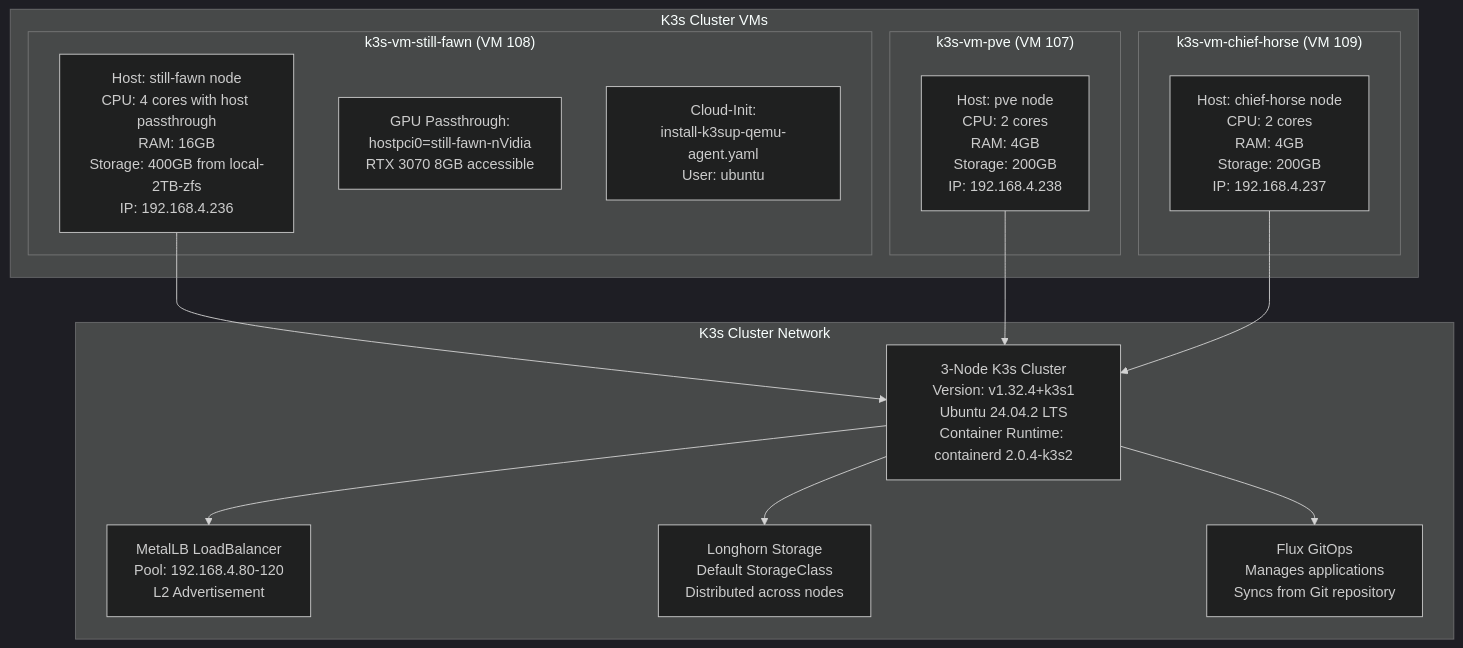
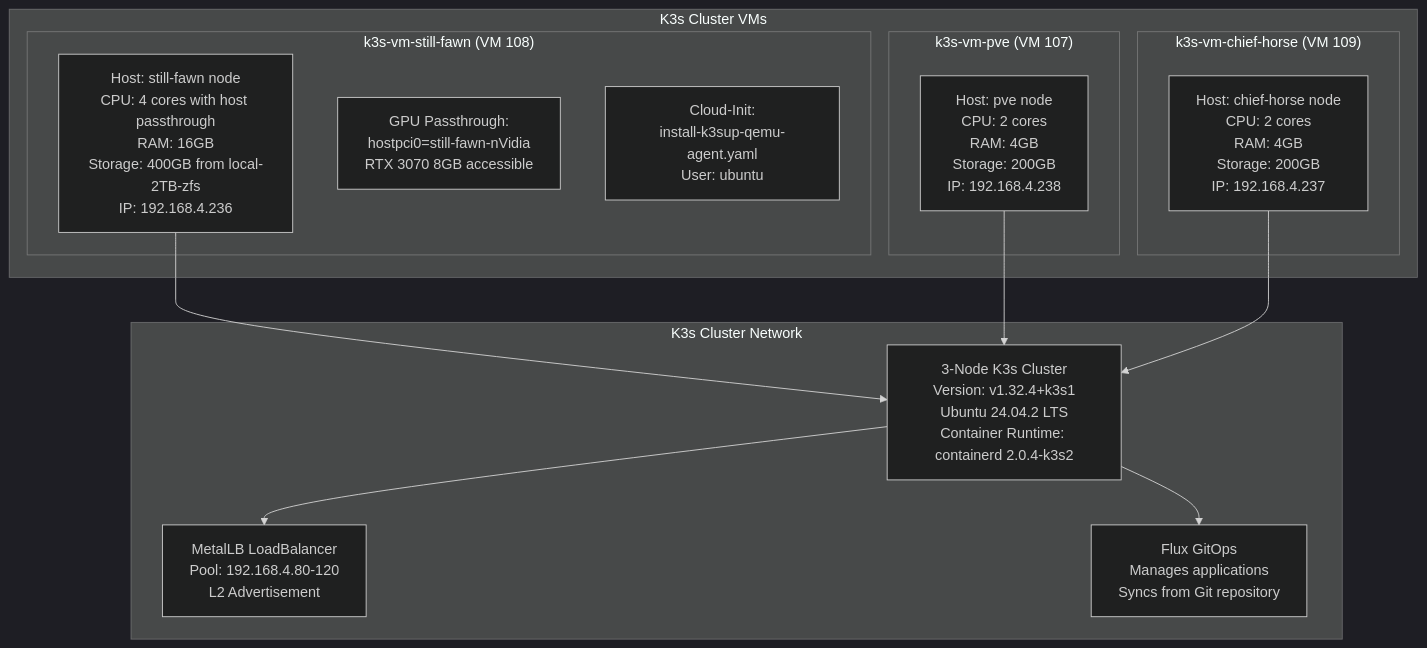
One commit to homeiac/home changed the third of 5 diagrams in docs/source/md/proxmox-infrastructure-guide.md. Above: the diagram before and after it, drawn with Mermaid (dark theme). The commit also changed other lines of this file and 18 other files, not shown here.

````diff
--- a/docs/source/md/proxmox-infrastructure-guide.md
+++ b/docs/source/md/proxmox-infrastructure-guide.md
@@ -137,30 +137,29 @@
 ```mermaid
 graph TB
     subgraph "K3s Cluster VMs"
         subgraph "k3s-vm-still-fawn (VM 108)"
             sf_vm[Host: still-fawn node<br/>CPU: 4 cores with host passthrough<br/>RAM: 16GB<br/>Storage: 400GB from local-2TB-zfs<br/>IP: 192.168.4.236]
             sf_gpu_pt[GPU Passthrough:<br/>hostpci0=still-fawn-nVidia<br/>RTX 3070 8GB accessible]
             sf_ci[Cloud-Init:<br/>install-k3sup-qemu-agent.yaml<br/>User: ubuntu]
         end
         
         subgraph "k3s-vm-pve (VM 107)"
             pve_vm[Host: pve node<br/>CPU: 2 cores<br/>RAM: 4GB<br/>Storage: 200GB<br/>IP: 192.168.4.238]
         end
         
         subgraph "k3s-vm-chief-horse (VM 109)"
             ch_vm[Host: chief-horse node<br/>CPU: 2 cores<br/>RAM: 4GB<br/>Storage: 200GB<br/>IP: 192.168.4.237]
         end
     end
     
     subgraph "K3s Cluster Network"
         k3s_cluster[3-Node K3s Cluster<br/>Version: v1.32.4+k3s1<br/>Ubuntu 24.04.2 LTS<br/>Container Runtime: containerd 2.0.4-k3s2]
         
         sf_vm --> k3s_cluster
         pve_vm --> k3s_cluster
         ch_vm --> k3s_cluster
         
         k3s_cluster --> metallb[MetalLB LoadBalancer<br/>Pool: 192.168.4.80-120<br/>L2 Advertisement]
-        k3s_cluster --> longhorn[Longhorn Storage<br/>Default StorageClass<br/>Distributed across nodes]
         k3s_cluster --> flux[Flux GitOps<br/>Manages applications<br/>Syncs from Git repository]
     end
 ```
````
